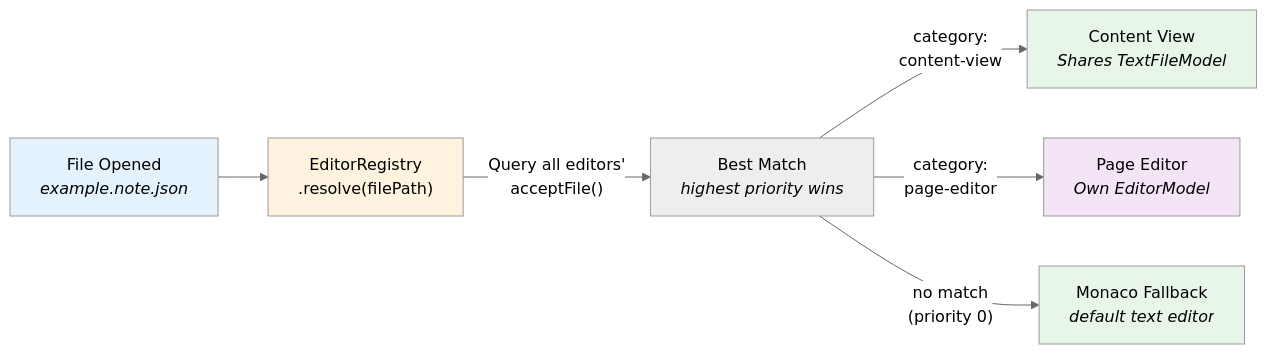
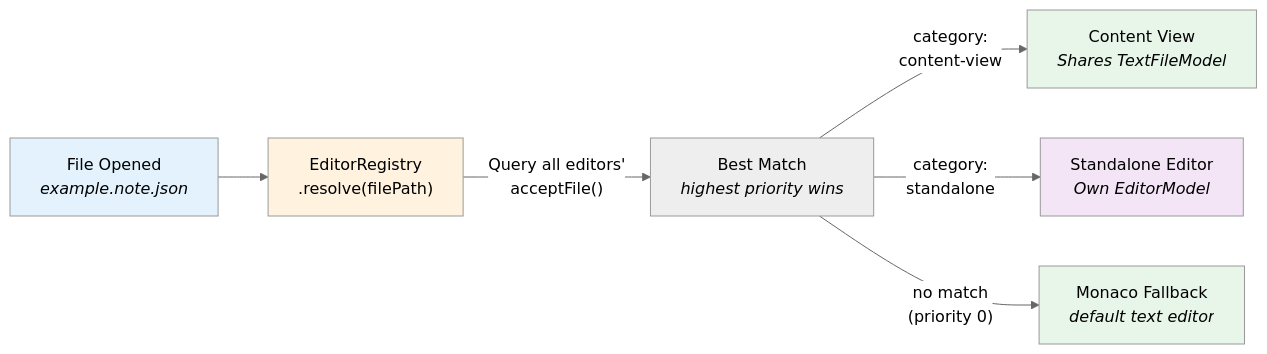
One commit to andriy-viyatyk/persephone changed the diagram in doc/architecture/diagrams/3-editor-resolution.mmd. Above: the diagram before and after it, drawn with Mermaid (neutral theme). The commit also changed 39 other files, not shown here.

First line of the commit message:
US-320: Rename remaining editor names + EditorCategory standalone + remove compat aliases

```diff
--- a/doc/architecture/diagrams/3-editor-resolution.mmd
+++ b/doc/architecture/diagrams/3-editor-resolution.mmd
@@ -1,14 +1,14 @@
 flowchart LR
     FILE["File Opened<br/><i>example.note.json</i>"] --> REG["EditorRegistry<br/>.resolve(filePath)"]
 
     REG --> |"Query all editors'<br/>acceptFile()"| BEST["Best Match<br/><i>highest priority wins</i>"]
 
     BEST --> |"category:<br/>content-view"| CV["Content View<br/><i>Shares TextFileModel</i>"]
-    BEST --> |"category:<br/>page-editor"| PE["Page Editor<br/><i>Own EditorModel</i>"]
+    BEST --> |"category:<br/>standalone"| PE["Standalone Editor<br/><i>Own EditorModel</i>"]
     BEST --> |"no match<br/>(priority 0)"| MONACO["Monaco Fallback<br/><i>default text editor</i>"]
 
     style FILE fill:#e3f2fd
     style REG fill:#fff3e0
     style CV fill:#e8f5e9
     style PE fill:#f3e5f5
     style MONACO fill:#e8f5e9
```
